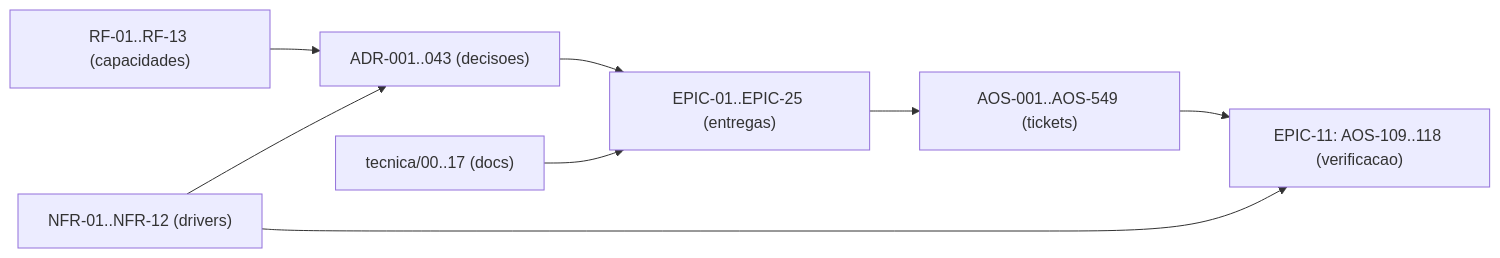
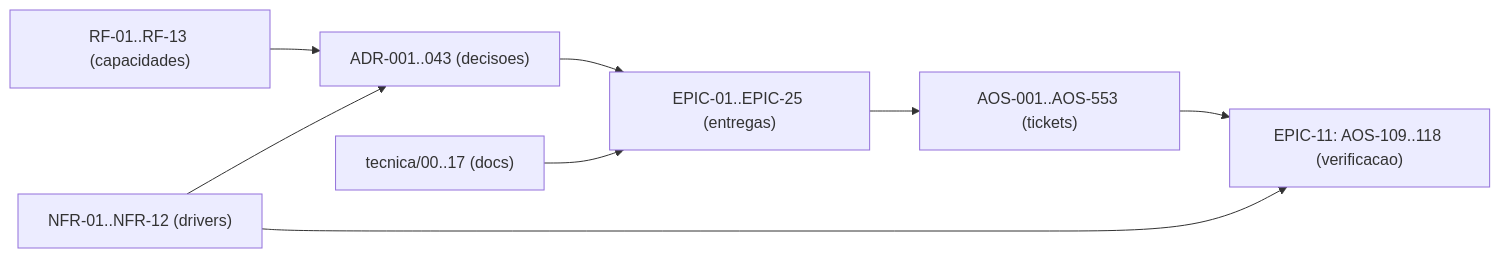
Before and after one commit to albinoJimy/aos: the diagram in tecnica/16_Rastreabilidade_RTM.md, drawn with Mermaid. The commit also changed other lines of this file and 4 other files, not shown here.

First line of the commit message:
docs(AOS-550): desenho da fase R2 do ADR-043 e tickets AOS-550..553

````diff
--- a/tecnica/16_Rastreabilidade_RTM.md
+++ b/tecnica/16_Rastreabilidade_RTM.md
@@ -212,10 +212,10 @@
 ```mermaid
 flowchart LR
     RF["RF-01..RF-13 (capacidades)"] --> ADR["ADR-001..043 (decisoes)"]
     NFR["NFR-01..NFR-12 (drivers)"] --> ADR
     ADR --> EPIC["EPIC-01..EPIC-25 (entregas)"]
-    EPIC --> TICK["AOS-001..AOS-549 (tickets)"]
+    EPIC --> TICK["AOS-001..AOS-553 (tickets)"]
     DOC["tecnica/00..17 (docs)"] --> EPIC
     TICK --> TEST["EPIC-11: AOS-109..118 (verificacao)"]
     NFR --> TEST
 ```
````
